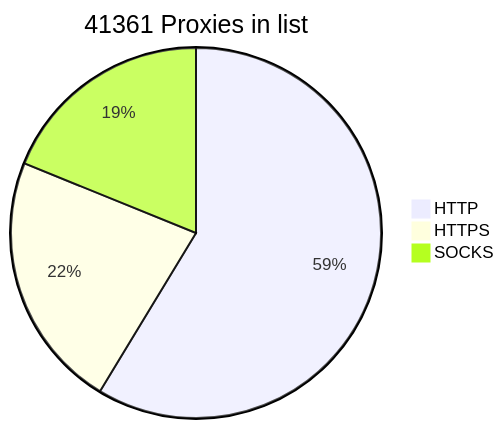
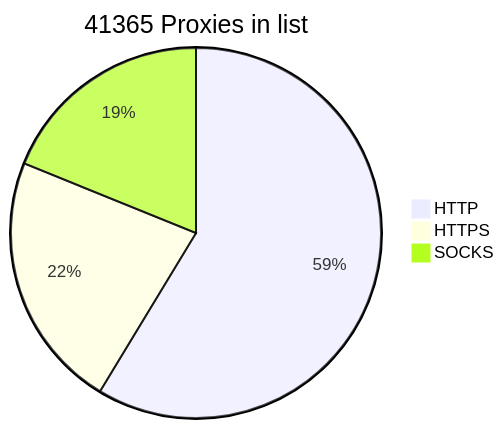
One commit to BlackSnowDot/proxylist-update-every-minute changed the diagram in README.md. Above: the diagram before and after it, drawn with Mermaid.

````diff
--- a/README.md
+++ b/README.md
@@ -2,6 +2,6 @@
 ```mermaid
-pie title 41361 Proxies in list
+pie title 41365 Proxies in list
     "HTTP" : 28506
     "HTTPS": 10911
-    "SOCKS" : 9163
+    "SOCKS" : 9167
 ```
````
